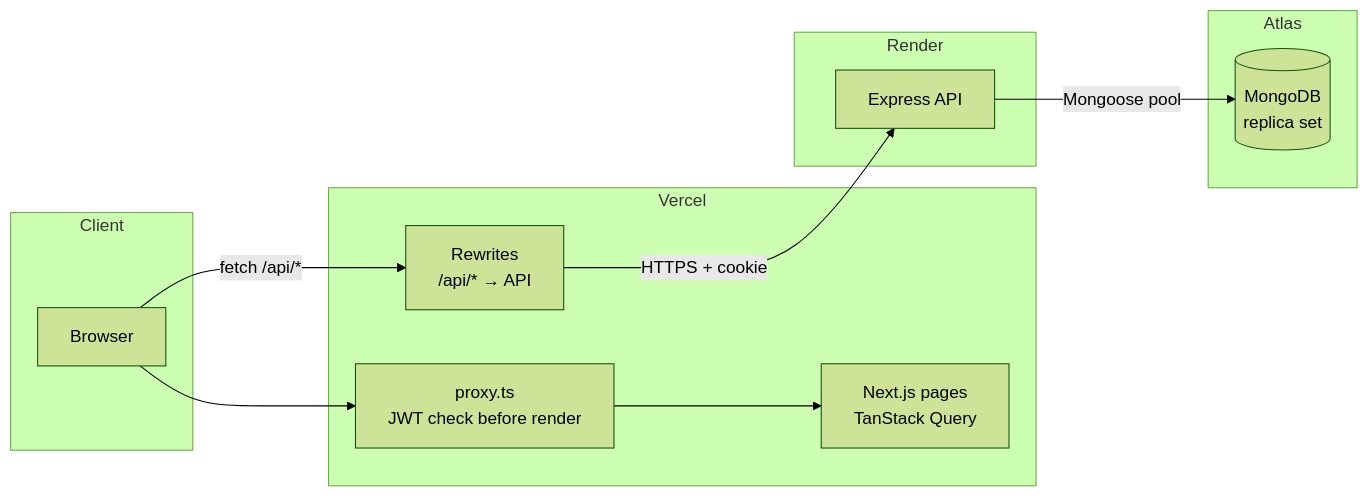
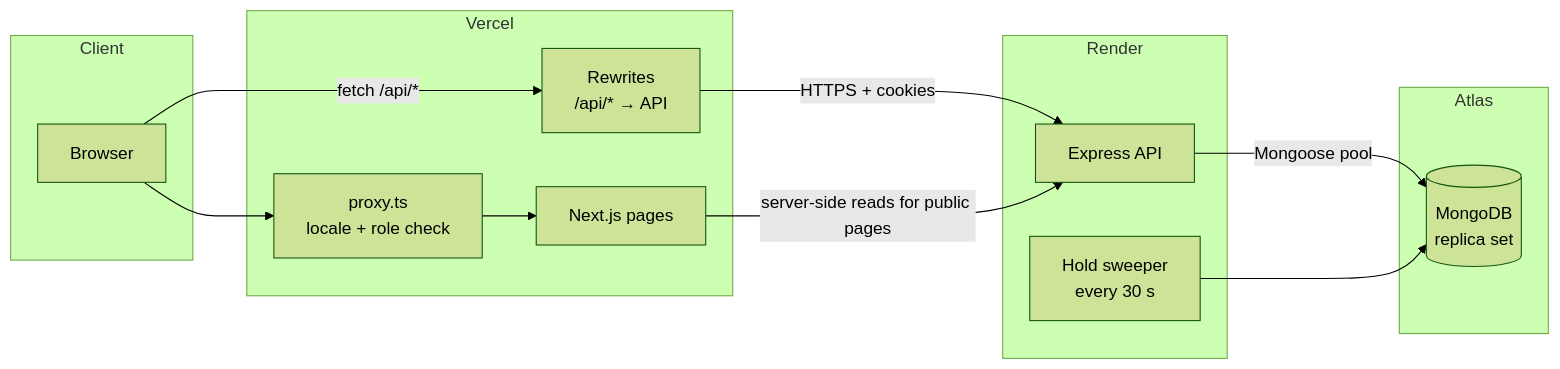
The first of 5 diagrams in ARCHITECTURE.md (sadatnuman/doctor-tracker-backend), drawn with Mermaid (forest theme) before and after one commit. The commit also changed other lines of this file and 1 other file, not shown here.

````diff
--- a/ARCHITECTURE.md
+++ b/ARCHITECTURE.md
@@ -23,19 +25,22 @@
 ```mermaid
 flowchart LR
     subgraph Client
       B[Browser]
     end
     subgraph Vercel
-      P[proxy.ts<br/>JWT check before render]
+      P[proxy.ts<br/>locale + role check]
       R[Rewrites<br/>/api/* → API]
-      UI[Next.js pages<br/>TanStack Query]
+      UI[Next.js pages]
     end
     subgraph Render
       A[Express API]
+      SW[Hold sweeper<br/>every 30 s]
     end
     subgraph Atlas
       D[(MongoDB<br/>replica set)]
     end
     B --> P --> UI
-    B -->|fetch /api/*| R -->|HTTPS + cookie| A -->|Mongoose pool| D
+    B -->|fetch /api/*| R -->|HTTPS + cookies| A -->|Mongoose pool| D
+    UI -->|server-side reads for public pages| A
+    SW --> D
 ```
````
